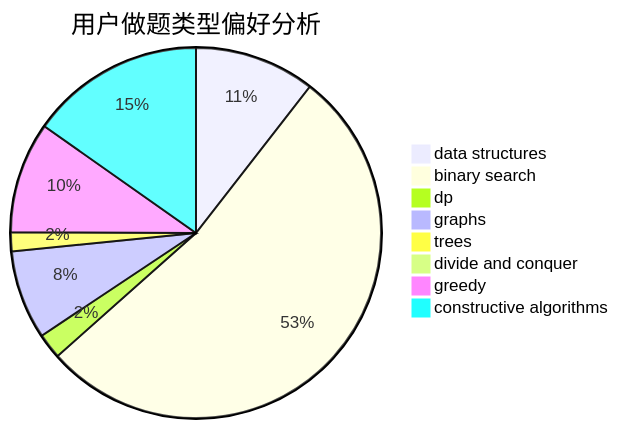
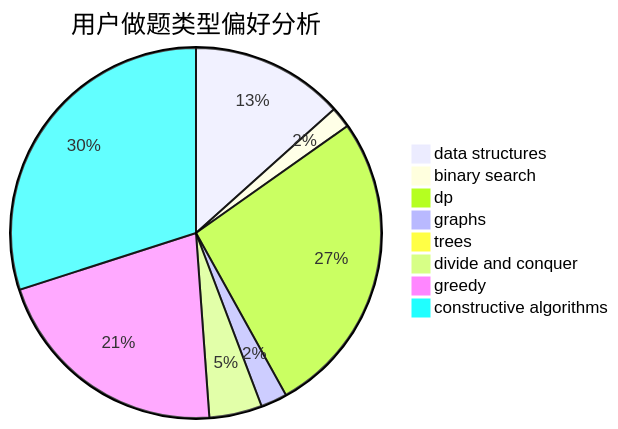
The second of 3 diagrams in docs/user/u1713.md (sherpahu/cfrs.github.io), drawn with Mermaid before and after one commit. The commit also changed other lines of this file and 2770 other files, not shown here.

````diff
--- a/docs/user/u1713.md
+++ b/docs/user/u1713.md
@@ -23,11 +23,11 @@
 ```mermaid
 pie title 用户做题类型偏好分析
-    "data structures" :  38
-    "binary search" :  191
-    "dp" :  8
-    "graphs" :  28
-    "trees" :  6
-    "divide and conquer" :  0
-    "greedy" :  35
-    "constructive algorithms" :  55
+    "data structures" :  29
+    "binary search" :  4
+    "dp" :  58
+    "graphs" :  5
+    "trees" :  0
+    "divide and conquer" :  10
+    "greedy" :  46
+    "constructive algorithms" :  65
 ```
````
